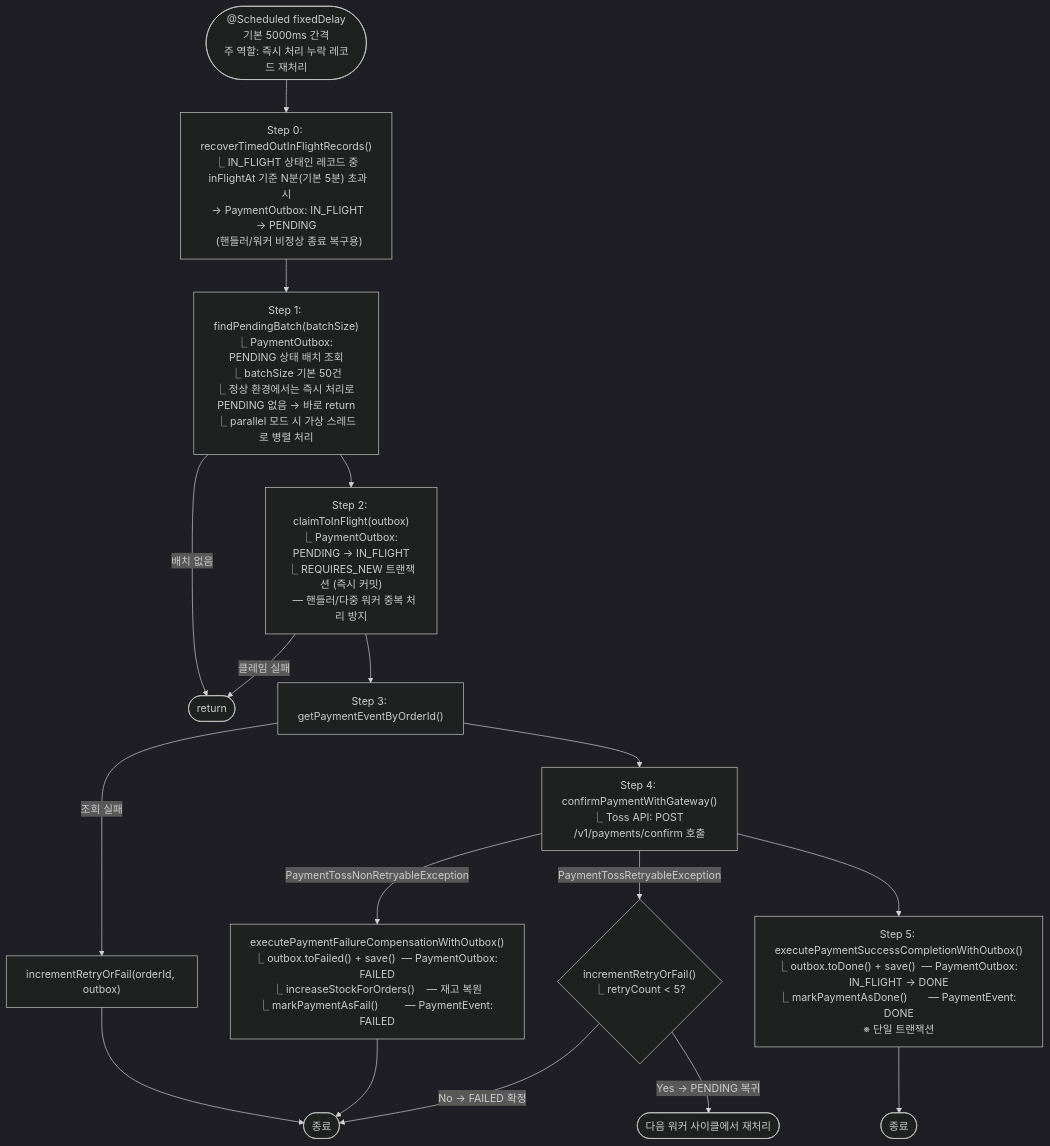
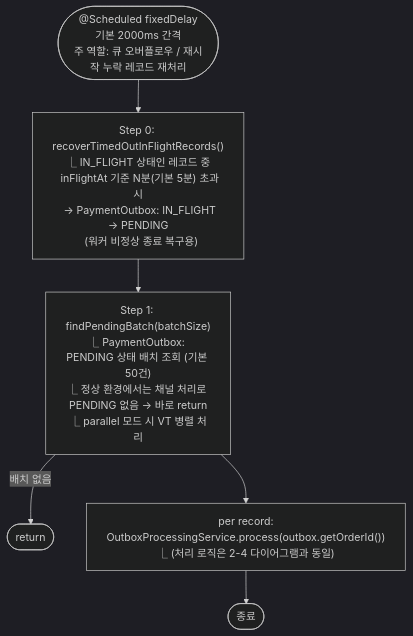
One commit to hyoguoo/payment-platform changed the sixth of 8 diagrams in docs/context/CONFIRM-FLOW-FLOWCHART.md. Above: the diagram before and after it, drawn with Mermaid (dark theme). The commit also changed other lines of this file and 8 other files, not shown here.

````diff
--- a/docs/context/CONFIRM-FLOW-FLOWCHART.md
+++ b/docs/context/CONFIRM-FLOW-FLOWCHART.md
@@ -167,35 +194,14 @@
 ```mermaid
 flowchart TD
-    S(["@Scheduled fixedDelay\n기본 5000ms 간격\n주 역할: 즉시 처리 누락 레코드 재처리"]) --> R
+    S(["@Scheduled fixedDelay\n기본 2000ms 간격\n주 역할: 큐 오버플로우 / 재시작 누락 레코드 재처리"]) --> R
 
-    R["Step 0: recoverTimedOutInFlightRecords()\n⎿ IN_FLIGHT 상태인 레코드 중\n  inFlightAt 기준 N분(기본 5분) 초과 시\n  → PaymentOutbox: IN_FLIGHT → PENDING\n  (핸들러/워커 비정상 종료 복구용)"]
+    R["Step 0: recoverTimedOutInFlightRecords()\n⎿ IN_FLIGHT 상태인 레코드 중\n  inFlightAt 기준 N분(기본 5분) 초과 시\n  → PaymentOutbox: IN_FLIGHT → PENDING\n  (워커 비정상 종료 복구용)"]
     R --> P
 
-    P["Step 1: findPendingBatch(batchSize)\n⎿ PaymentOutbox: PENDING 상태 배치 조회\n⎿ batchSize 기본 50건\n⎿ 정상 환경에서는 즉시 처리로 PENDING 없음 → 바로 return\n⎿ parallel 모드 시 가상 스레드로 병렬 처리"]
+    P["Step 1: findPendingBatch(batchSize)\n⎿ PaymentOutbox: PENDING 상태 배치 조회 (기본 50건)\n⎿ 정상 환경에서는 채널 처리로 PENDING 없음 → 바로 return\n⎿ parallel 모드 시 VT 병렬 처리"]
     P -->|배치 없음| SKIP([return])
-    P --> C
+    P --> PROC
 
-    C["Step 2: claimToInFlight(outbox)\n⎿ PaymentOutbox: PENDING → IN_FLIGHT\n⎿ REQUIRES_NEW 트랜잭션 (즉시 커밋)\n  — 핸들러/다중 워커 중복 처리 방지"]
-    C -->|"클레임 실패"| SKIP
-    C --> G
-
-    G["Step 3: getPaymentEventByOrderId()"]
-    G -->|조회 실패| G_FAIL
-    G_FAIL["incrementRetryOrFail(orderId, outbox)"]
-    G_FAIL --> Z_END([종료])
-    G --> F
-
-    F["Step 4: confirmPaymentWithGateway()\n⎿ Toss API: POST /v1/payments/confirm 호출"]
-    F -->|PaymentTossNonRetryableException| F_NR
-    F_NR["executePaymentFailureCompensationWithOutbox()\n⎿ outbox.toFailed() + save()  — PaymentOutbox: FAILED\n⎿ increaseStockForOrders()    — 재고 복원\n⎿ markPaymentAsFail()         — PaymentEvent: FAILED"]
-    F_NR --> Z_END
-
-    F -->|PaymentTossRetryableException| F_R
-    F_R{"incrementRetryOrFail()\n⎿ retryCount < 5?"}
-    F_R -->|"Yes → PENDING 복귀"| RETRY(["다음 워커 사이클에서 재처리"])
-    F_R -->|"No → FAILED 확정"| Z_END
-
-    F --> E
-    E["Step 5: executePaymentSuccessCompletionWithOutbox()\n⎿ outbox.toDone() + save()  — PaymentOutbox: IN_FLIGHT → DONE\n⎿ markPaymentAsDone()       — PaymentEvent: DONE\n※ 단일 트랜잭션"]
-    E --> Z_OK([종료])
+    PROC["per record:\nOutboxProcessingService.process(outbox.getOrderId())\n⎿ (처리 로직은 2-4 다이어그램과 동일)"]
+    PROC --> Z_END([종료])
 ```
````
